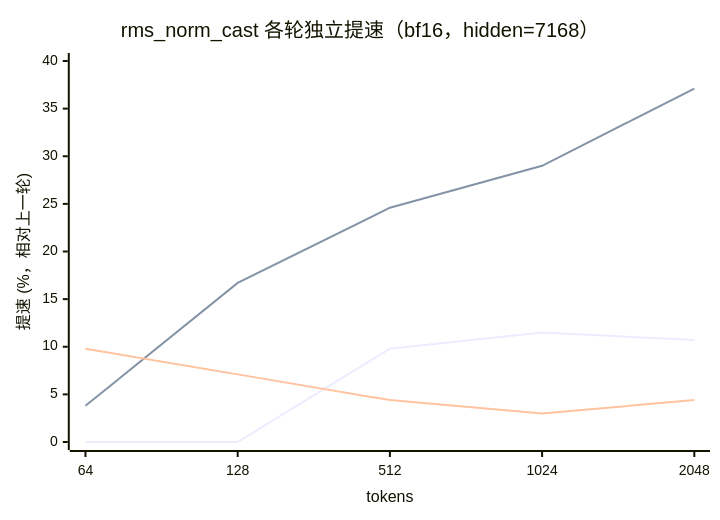
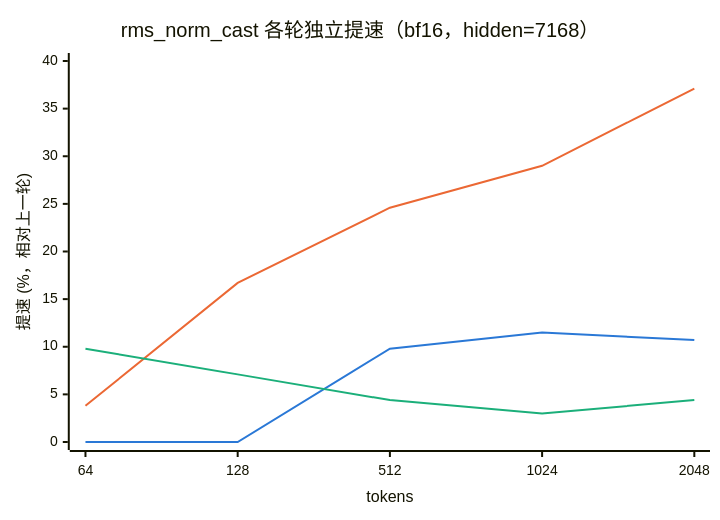
One commit to vllm-project/vllm-ascend changed the first of 4 diagrams in RMS_NORM_CAST_OPT_SUMMARY.md. Above: the diagram before and after it, drawn with Mermaid. The commit also changed other lines of this file, not shown here.

First line of the commit message:
docs(rms_norm_cast): high-contrast chart colors and typography fixes

````diff
--- a/RMS_NORM_CAST_OPT_SUMMARY.md
+++ b/RMS_NORM_CAST_OPT_SUMMARY.md
@@ -163,9 +154,10 @@
 ```mermaid
+%%{init: {"themeVariables": {"xyChart": {"plotColorPalette": "#2a78d6, #eb6834, #1baf7a"}}}}%%
 xychart-beta
     title "rms_norm_cast 各轮独立提速（bf16，hidden=7168）"
     x-axis "tokens" ["64", "128", "512", "1024", "2048"]
     y-axis "提速 (%，相对上一轮)" 0 --> 40
     line "Round 1" [0.0, 0.0, 9.8, 11.5, 10.7]
     line "Round 2" [3.8, 16.7, 24.6, 29.0, 37.1]
     line "Round 3" [9.8, 7.1, 4.4, 3.0, 4.4]
 ```
````
